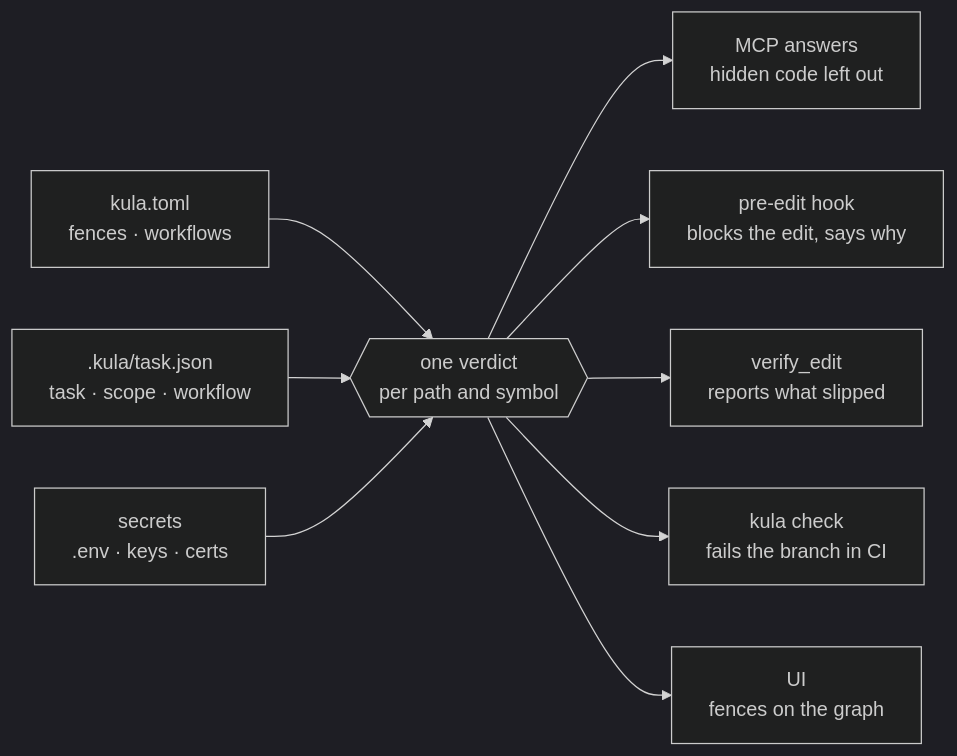
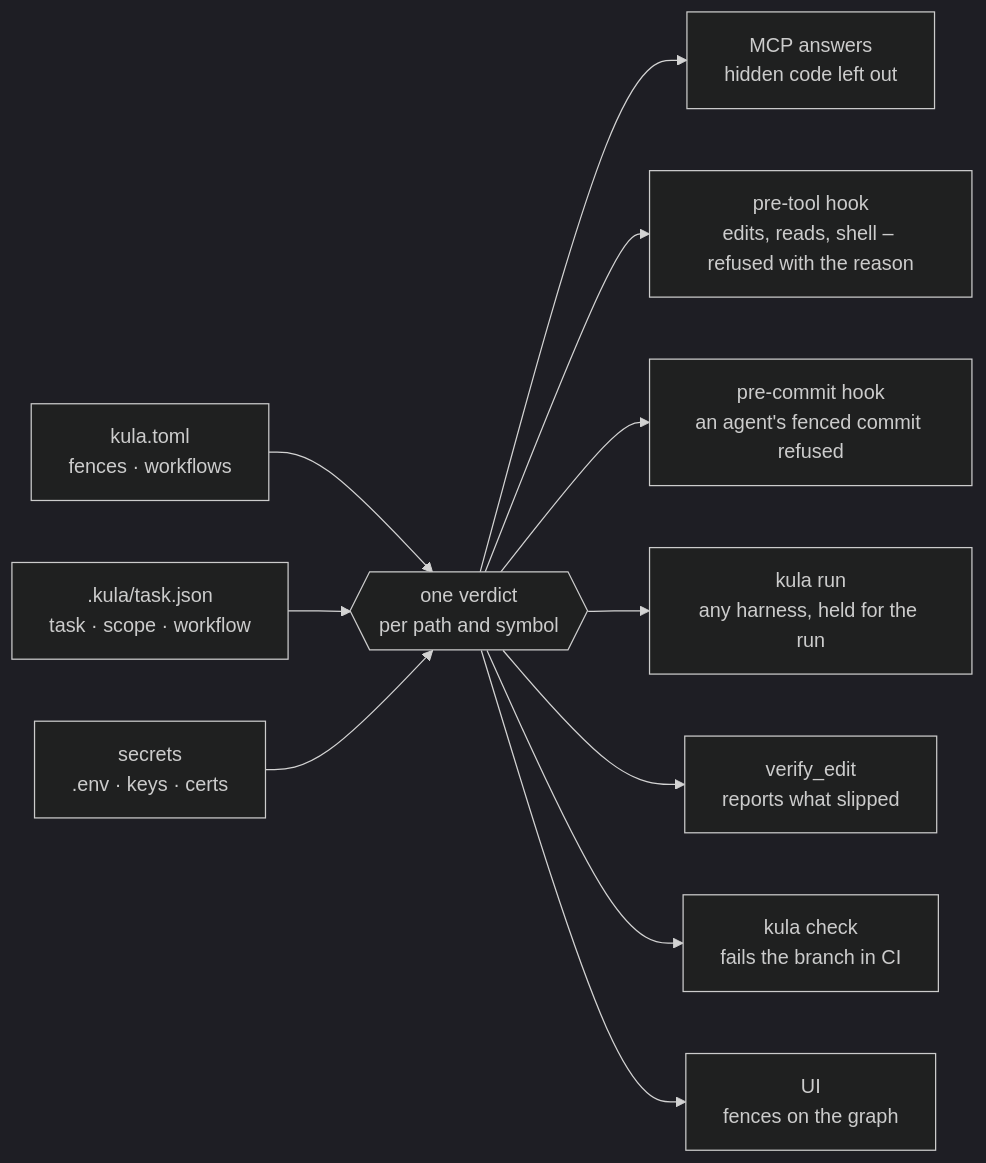
Before and after one commit to A12N4V/kula: the second of 4 diagrams in README.md, drawn with Mermaid (dark theme). The commit also changed other lines of this file and 23 other files, not shown here.

Commit message:
Fences enforced for every harness; agent teams; autoresearch; the Connect page with each tool's mark; settings as a dialog

````diff
--- a/README.md
+++ b/README.md
@@ -173,11 +222,13 @@
 ```mermaid
 flowchart LR
     T[kula.toml<br/>fences · workflows] --> V{{one verdict<br/>per path and symbol}}
     K[.kula/task.json<br/>task · scope · workflow] --> V
     S[secrets<br/>.env · keys · certs] --> V
     V --> M[MCP answers<br/>hidden code left out]
-    V --> H[pre-edit hook<br/>blocks the edit, says why]
+    V --> H[pre-tool hook<br/>edits, reads, shell – refused with the reason]
+    V --> P[pre-commit hook<br/>an agent's fenced commit refused]
+    V --> R[kula run<br/>any harness, held for the run]
     V --> E[verify_edit<br/>reports what slipped]
     V --> C[kula check<br/>fails the branch in CI]
     V --> U[UI<br/>fences on the graph]
 ```
````
